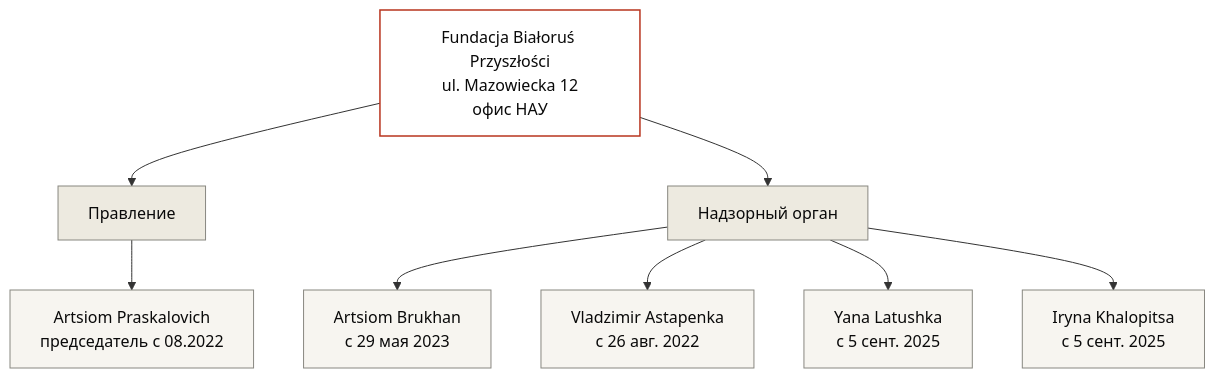
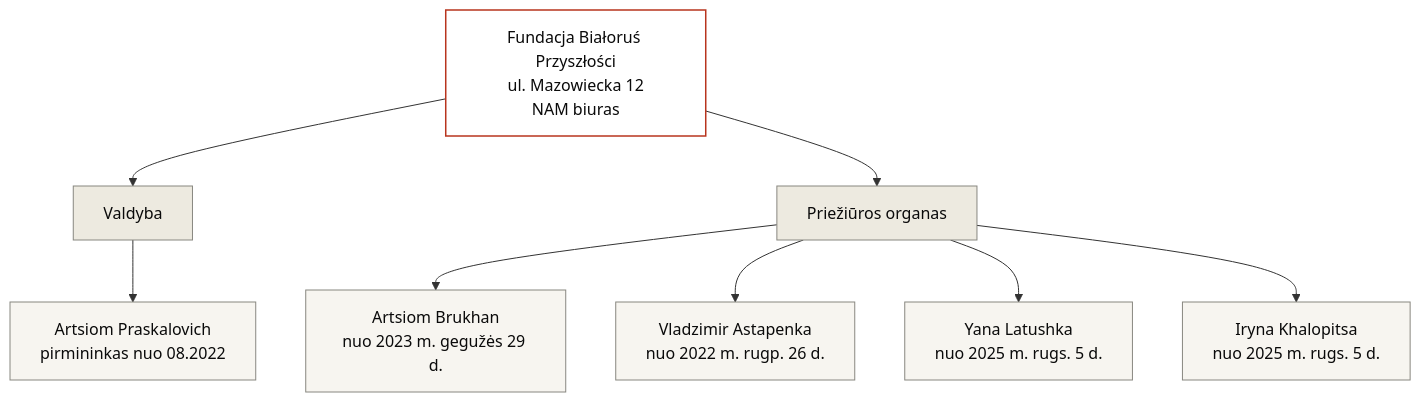
The diagram in docs/lt/organizations/bialorus-przyszlosci.md (belarustransparency/belarus-transparency), drawn with Mermaid before and after one commit. The commit also changed other lines of this file and 14 other files, not shown here.

````diff
--- a/docs/lt/organizations/bialorus-przyszlosci.md
+++ b/docs/lt/organizations/bialorus-przyszlosci.md
@@ -142,27 +142,27 @@
 ```mermaid
 graph TD
-    ORG["Fundacja Białoruś Przyszłości<br/>ul. Mazowiecka 12<br/>офис НАУ"]
-    MGMT["Правление"]
-    OVS["Надзорный орган"]
-    PRES["Artsiom Praskalovich<br/>председатель с 08.2022"]
-    OV1["Artsiom Brukhan<br/>с 29 мая 2023"]
-    OV2["Vladzimir Astapenka<br/>с 26 авг. 2022"]
-    OV3["Yana Latushka<br/>с 5 сент. 2025"]
-    OV4["Iryna Khalopitsa<br/>с 5 сент. 2025"]
+    ORG["Fundacja Białoruś Przyszłości<br/>ul. Mazowiecka 12<br/>NAM biuras"]
+    MGMT["Valdyba"]
+    OVS["Priežiūros organas"]
+    PRES["Artsiom Praskalovich<br/>pirmininkas nuo 08.2022"]
+    OV1["Artsiom Brukhan<br/>nuo 2023 m. gegužės 29 d."]
+    OV2["Vladzimir Astapenka<br/>nuo 2022 m. rugp. 26 d."]
+    OV3["Yana Latushka<br/>nuo 2025 m. rugs. 5 d."]
+    OV4["Iryna Khalopitsa<br/>nuo 2025 m. rugs. 5 d."]
 
     ORG --> MGMT
     ORG --> OVS
     MGMT --> PRES
     OVS --> OV1
     OVS --> OV2
     OVS --> OV3
     OVS --> OV4
 
     classDef org fill:#FFFFFF,stroke:#B8341E,stroke-width:1.5px,color:#0A0A0A;
     classDef unit fill:#EDEAE0,stroke:#888780,stroke-width:1px,color:#0A0A0A;
     classDef person fill:#F7F5F0,stroke:#888780,stroke-width:1px,color:#0A0A0A;
 
     class ORG org;
     class MGMT,OVS unit;
     class PRES,OV1,OV2,OV3,OV4 person;
 ```
````
